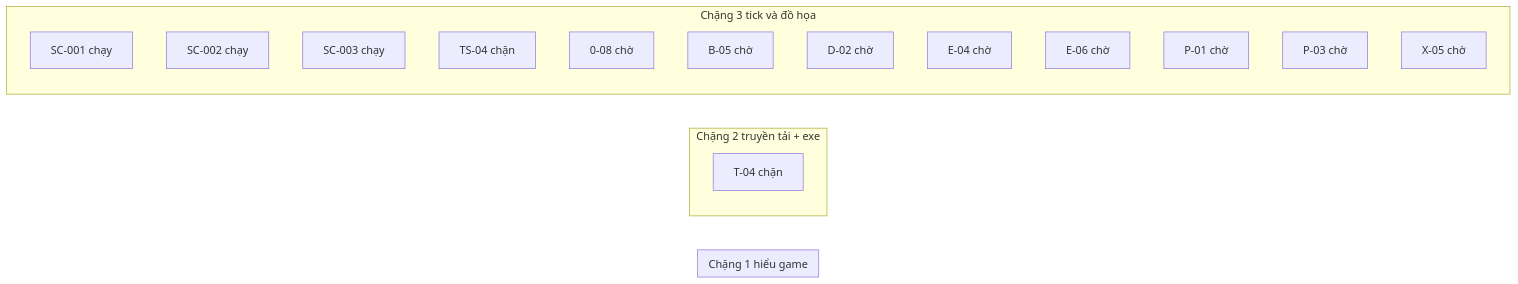
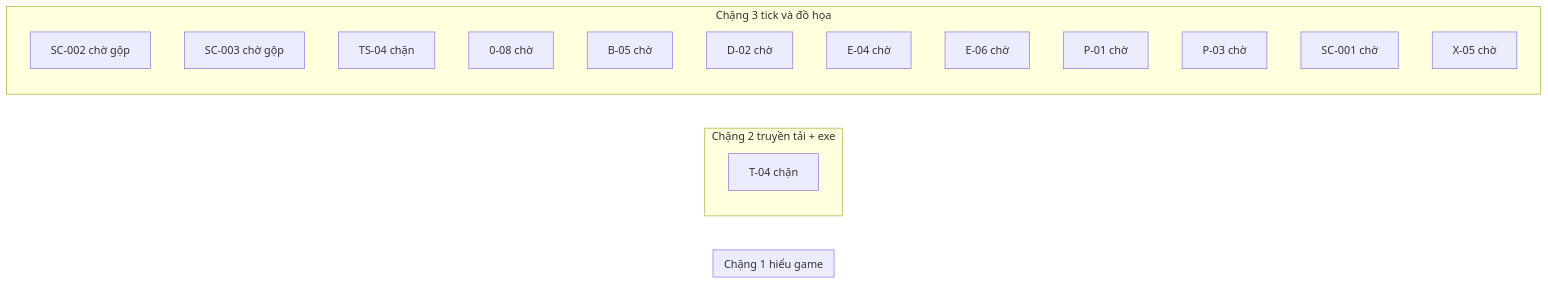
Before and after one commit to ndtangoss-dev/jx1-reports: the diagram in JX1_OPS/STATE/TIEN-DO.md, drawn with Mermaid. The commit also changed other lines of this file and 7 other files, not shown here.

````diff
--- a/JX1_OPS/STATE/TIEN-DO.md
+++ b/JX1_OPS/STATE/TIEN-DO.md
@@ -9,22 +9,22 @@
 ```mermaid
 flowchart LR
   subgraph S1["Chặng 1 hiểu game"]
   end
   subgraph S2["Chặng 2 truyền tải + exe"]
     T_04["T-04 chặn"]
   end
   subgraph S3["Chặng 3 tick và đồ họa"]
-    SC_001["SC-001 chạy"]
-    SC_002["SC-002 chạy"]
-    SC_003["SC-003 chạy"]
+    SC_002["SC-002 chờ gộp"]
+    SC_003["SC-003 chờ gộp"]
     TS_04["TS-04 chặn"]
     0_08["0-08 chờ"]
     B_05["B-05 chờ"]
     D_02["D-02 chờ"]
     E_04["E-04 chờ"]
     E_06["E-06 chờ"]
     P_01["P-01 chờ"]
     P_03["P-03 chờ"]
+    SC_001["SC-001 chờ"]
     X_05["X-05 chờ"]
   end
 ```
````
